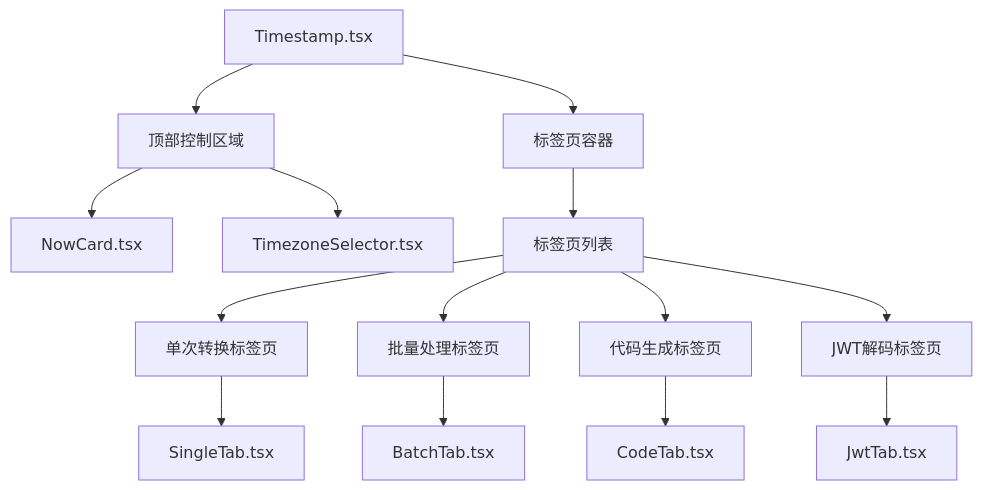
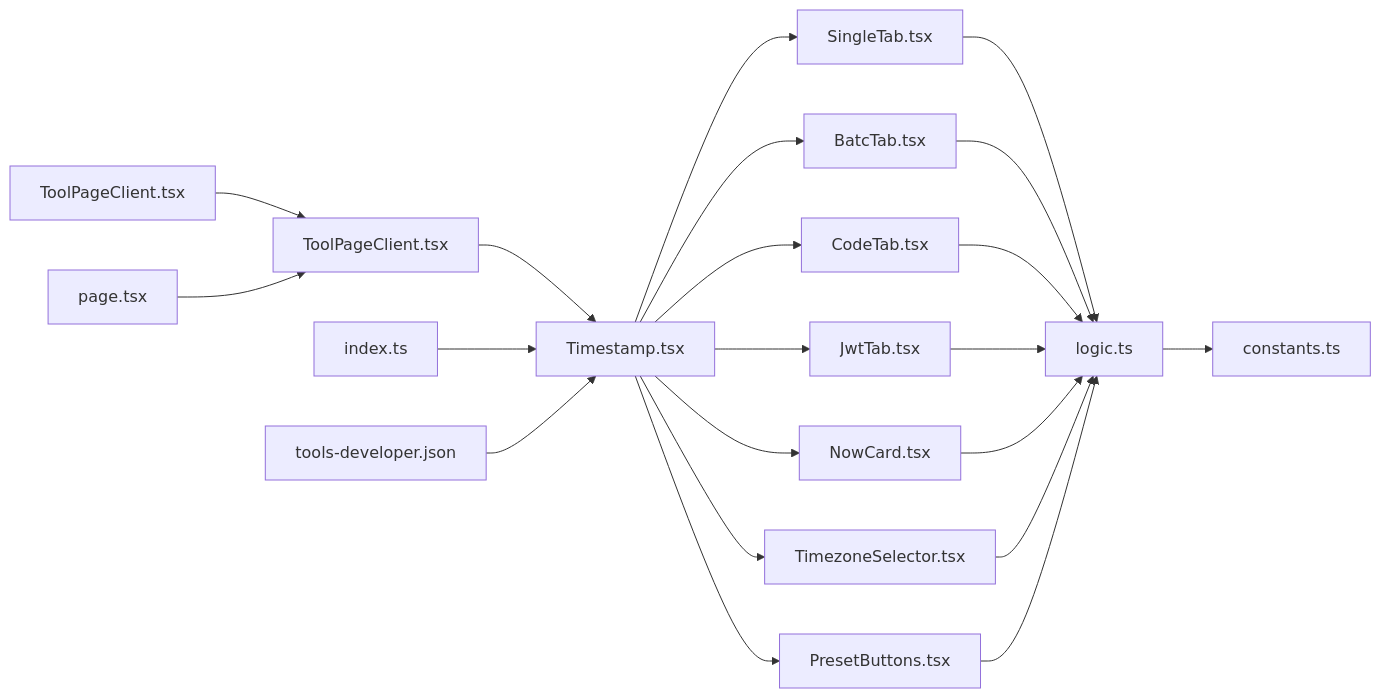
One commit to sgyy/privadeck changed diagram 13 of 13 in .qoder/repowiki/zh/content/开发者工具/时间戳工具.md. Above: the diagram before and after it, drawn with Mermaid. The commit also changed other lines of this file and 48 other files, not shown here.

````diff
--- a/.qoder/repowiki/zh/content/开发者工具/时间戳工具.md
+++ b/.qoder/repowiki/zh/content/开发者工具/时间戳工具.md
@@ -458,16 +563,23 @@
 ```mermaid
-graph TB
-A[Timestamp.tsx] --> B[顶部控制区域]
-B --> C[NowCard.tsx]
-B --> D[TimezoneSelector.tsx]
-A --> E[标签页容器]
-E --> F[标签页列表]
-F --> G[单次转换标签页]
-F --> H[批量处理标签页]
-F --> I[代码生成标签页]
-F --> J[JWT解码标签页]
-G --> K[SingleTab.tsx]
-H --> L[BatchTab.tsx]
-I --> M[CodeTab.tsx]
-J --> N[JwtTab.tsx]
+graph LR
+A[ToolPageClient.tsx] --> B[ToolPageClient.tsx]
+B --> C[Timestamp.tsx]
+C --> D[SingleTab.tsx]
+C --> E[BatcTab.tsx]
+C --> F[CodeTab.tsx]
+C --> G[JwtTab.tsx]
+C --> H[NowCard.tsx]
+C --> I[TimezoneSelector.tsx]
+C --> J[PresetButtons.tsx]
+D --> K[logic.ts]
+E --> K
+F --> K
+G --> K
+H --> K
+I --> K
+J --> K
+K --> L[constants.ts]
+M[page.tsx] --> B
+N[index.ts] --> C
+O[tools-developer.json] --> C
 ```
````
